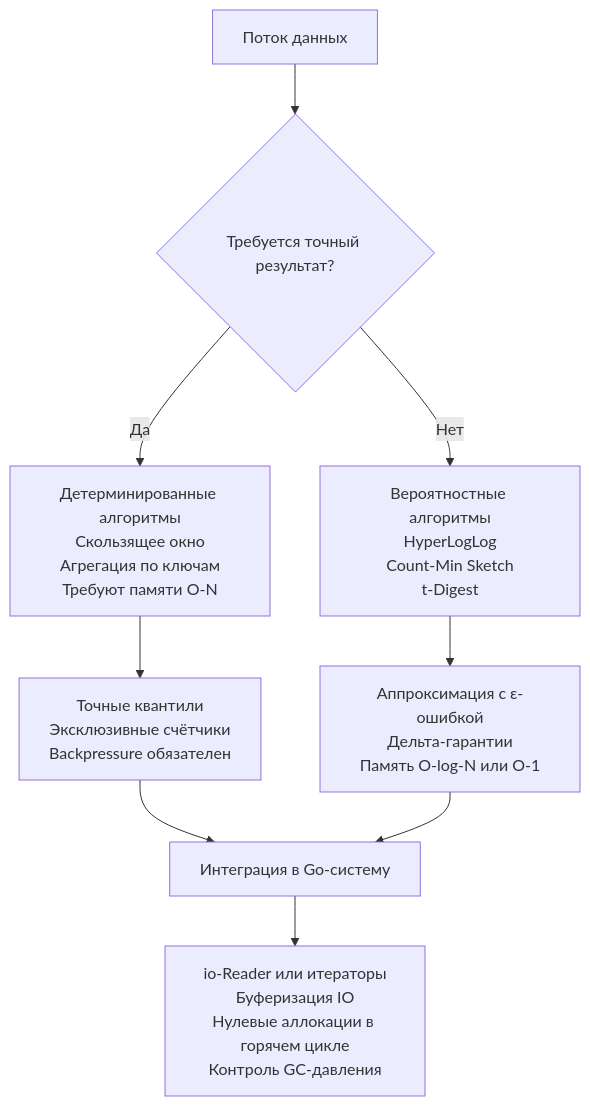
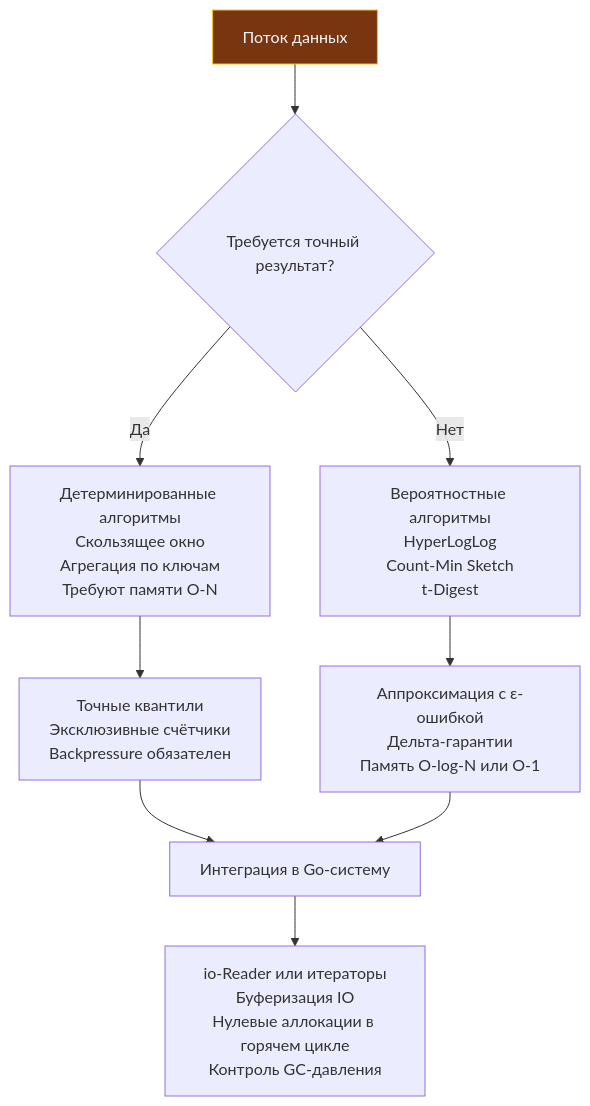
The diagram in sources/21. Задачи с LeetCode и собеседований на Go/02. Задачи/28. Потоковые алгоритмы/1. Теория. Потоковые алгоритмы.md (UnrealTemplier/go-textbook), drawn with Mermaid before and after one commit. The commit also changed 1666 other files, not shown here.

First line of the commit message:
feat(mermaid): add semantic color classDef to 1369 colorless flowchart/graph diagrams

````diff
--- a/sources/21. Задачи с LeetCode и собеседований на Go/02. Задачи/28. Потоковые алгоритмы/1. Теория. Потоковые алгоритмы.md
+++ b/sources/21. Задачи с LeetCode и собеседований на Go/02. Задачи/28. Потоковые алгоритмы/1. Теория. Потоковые алгоритмы.md
@@ -5,11 +5,21 @@
 ```mermaid
 flowchart TD
-  A["Поток данных"] --> B{"Требуется точный результат?"}
+    classDef process  fill:#1e293b,stroke:#38bdf8,stroke-width:1px,color:#f8fafc
+    classDef success  fill:#064e3b,stroke:#34d399,stroke-width:1px,color:#f8fafc
+    classDef error    fill:#7f1d1d,stroke:#f87171,stroke-width:1px,color:#f8fafc
+    classDef warning  fill:#78350f,stroke:#fbbf24,stroke-width:1px,color:#f8fafc
+    classDef entry    fill:#1e3a5f,stroke:#38bdf8,stroke-width:2px,color:#f8fafc
+    classDef aux      fill:#334155,stroke:#64748b,stroke-width:1px,color:#f8fafc
+    classDef system   fill:#312e81,stroke:#a78bfa,stroke-width:1px,color:#f8fafc
+    classDef data     fill:#132d29,stroke:#2dd4bf,stroke-width:1px,color:#f8fafc
+    classDef network  fill:#881337,stroke:#fb7185,stroke-width:1px,color:#f8fafc
+    classDef accent   fill:#1e1b4b,stroke:#818cf8,stroke-width:1px,color:#f8fafc
+  A["Поток данных"]:::warning --> B{"Требуется точный результат?"}
   B -->|Да| C["Детерминированные алгоритмы<br>Скользящее окно<br>Агрегация по ключам<br>Требуют памяти O-N"]
   B -->|Нет| D["Вероятностные алгоритмы<br>HyperLogLog<br>Count-Min Sketch<br>t-Digest"]
   C --> E["Точные квантили<br>Эксклюзивные счётчики<br>Backpressure обязателен"]
   D --> F["Аппроксимация с ε-ошибкой<br>Дельта-гарантии<br>Память O-log-N или O-1"]
   E --> G["Интеграция в Go-систему"]
   F --> G
   G --> H["io-Reader или итераторы<br>Буферизация IO<br>Нулевые аллокации в горячем цикле<br>Контроль GC-давления"]
 ```
````
